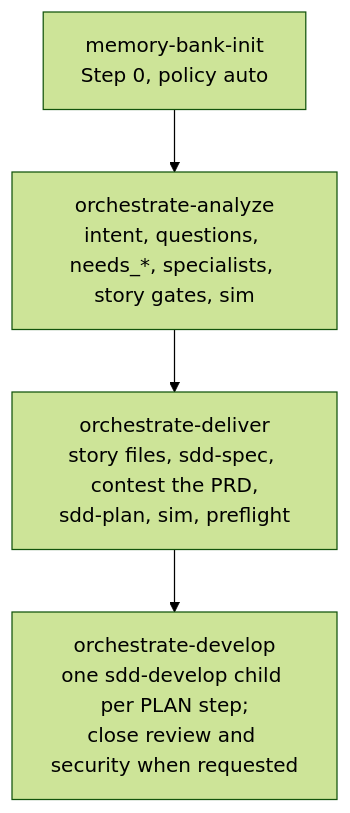
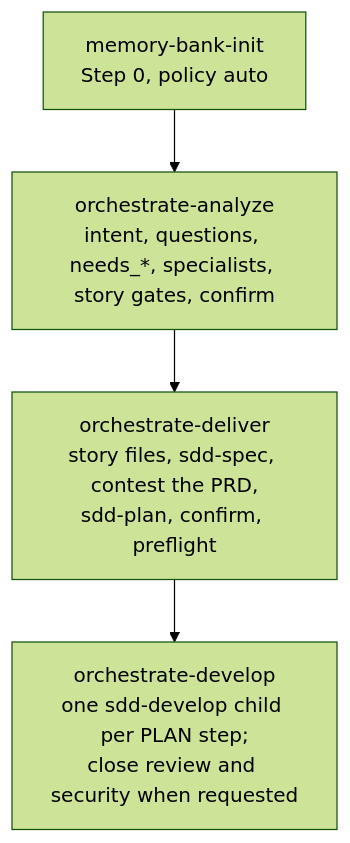
One commit to tibursocampos/agent-dev-toolkit changed the first of 2 diagrams in docs-site/orchestrated-delivery.md. Above: the diagram before and after it, drawn with Mermaid (forest theme). The commit also changed other lines of this file and 11 other files, not shown here.

````diff
--- a/docs-site/orchestrated-delivery.md
+++ b/docs-site/orchestrated-delivery.md
@@ -39,8 +39,8 @@
 ```mermaid
 flowchart TD
   step0["memory-bank-init<br/>Step 0, policy auto"]
-  o1["orchestrate-analyze<br/>intent, questions, needs_*, specialists, story gates, sim"]
-  o2["orchestrate-deliver<br/>story files, sdd-spec, contest the PRD,<br/>sdd-plan, sim, preflight"]
+  o1["orchestrate-analyze<br/>intent, questions, needs_*, specialists, story gates, confirm"]
+  o2["orchestrate-deliver<br/>story files, sdd-spec, contest the PRD,<br/>sdd-plan, confirm, preflight"]
   o3["orchestrate-develop<br/>one sdd-develop child per PLAN step;<br/>close review and security when requested"]
   step0 --> o1 --> o2 --> o3
 ```
````
